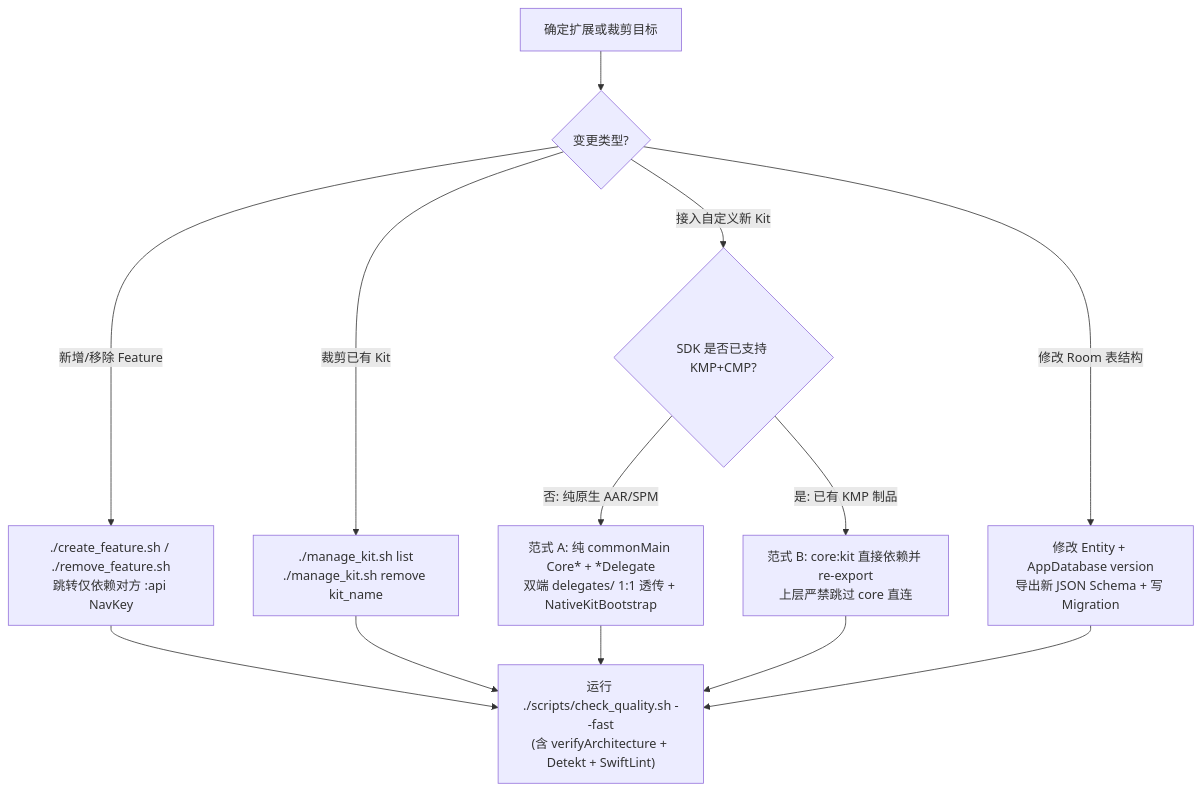
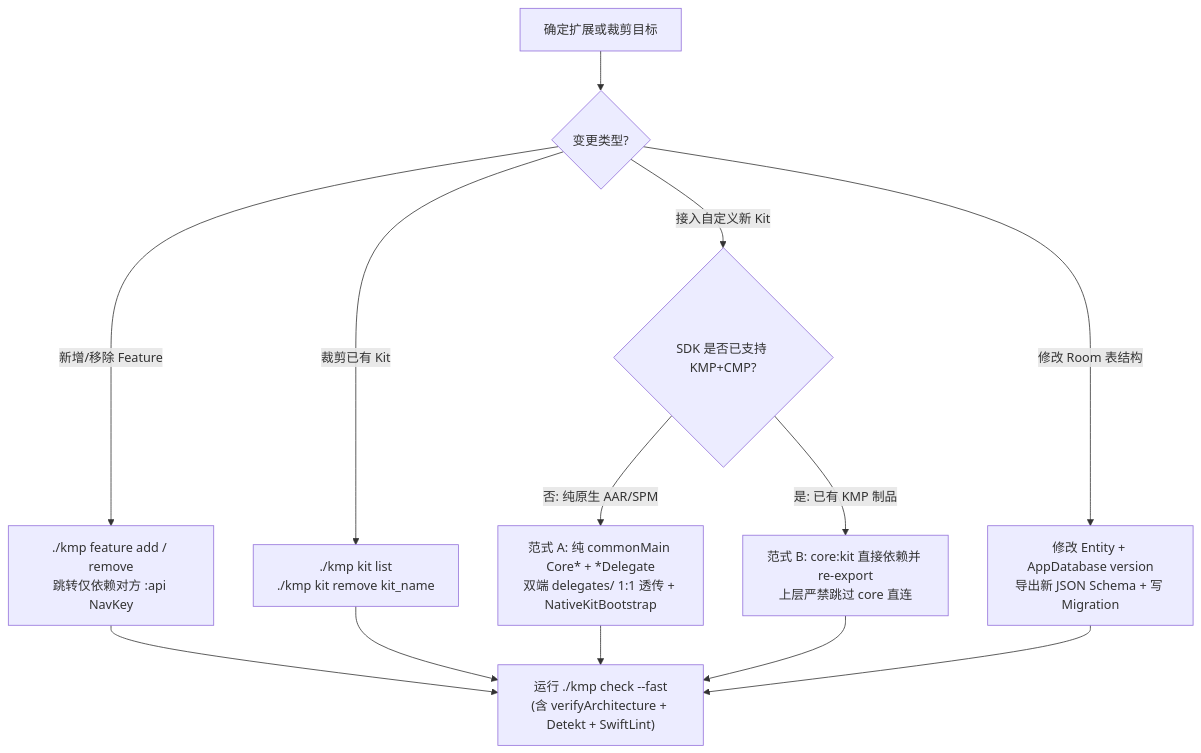
The diagram in docs/sop/0004-feature-and-kit-lifecycle.md (e-hai/Architecture), drawn with Mermaid before and after one commit. The commit also changed other lines of this file and 32 other files, not shown here.

Commit message:
refactor(scripts): unify scaffold CLI under ./kmp and organize scripts/ into internal/hooks/tests

````diff
--- a/docs/sop/0004-feature-and-kit-lifecycle.md
+++ b/docs/sop/0004-feature-and-kit-lifecycle.md
@@ -26,17 +26,17 @@
 ```mermaid
 flowchart TD
     Start["确定扩展或裁剪目标"] --> Type{"变更类型?"}
-    Type -->|新增/移除 Feature| F1["./create_feature.sh / ./remove_feature.sh\n跳转仅依赖对方 :api NavKey"]
-    Type -->|裁剪已有 Kit| K1["./manage_kit.sh list\n./manage_kit.sh remove kit_name"]
+    Type -->|新增/移除 Feature| F1["./kmp feature add / remove\n跳转仅依赖对方 :api NavKey"]
+    Type -->|裁剪已有 Kit| K1["./kmp kit list\n./kmp kit remove kit_name"]
     Type -->|接入自定义新 Kit| N1{"SDK 是否已支持 KMP+CMP?"}
     Type -->|修改 Room 表结构| R1["修改 Entity + AppDatabase version\n导出新 JSON Schema + 写 Migration"]
 
     N1 -->|否: 纯原生 AAR/SPM| N2["范式 A: 纯 commonMain Core* + *Delegate\n双端 delegates/ 1:1 透传 + NativeKitBootstrap"]
     N1 -->|是: 已有 KMP 制品| N3["范式 B: core:kit 直接依赖并 re-export\n上层严禁跳过 core 直连"]
 
-    F1 --> Gate["运行 ./scripts/check_quality.sh --fast\n(含 verifyArchitecture + Detekt + SwiftLint)"]
+    F1 --> Gate["运行 ./kmp check --fast\n(含 verifyArchitecture + Detekt + SwiftLint)"]
     K1 --> Gate
     N2 --> Gate
     N3 --> Gate
     R1 --> Gate
 ```
````
